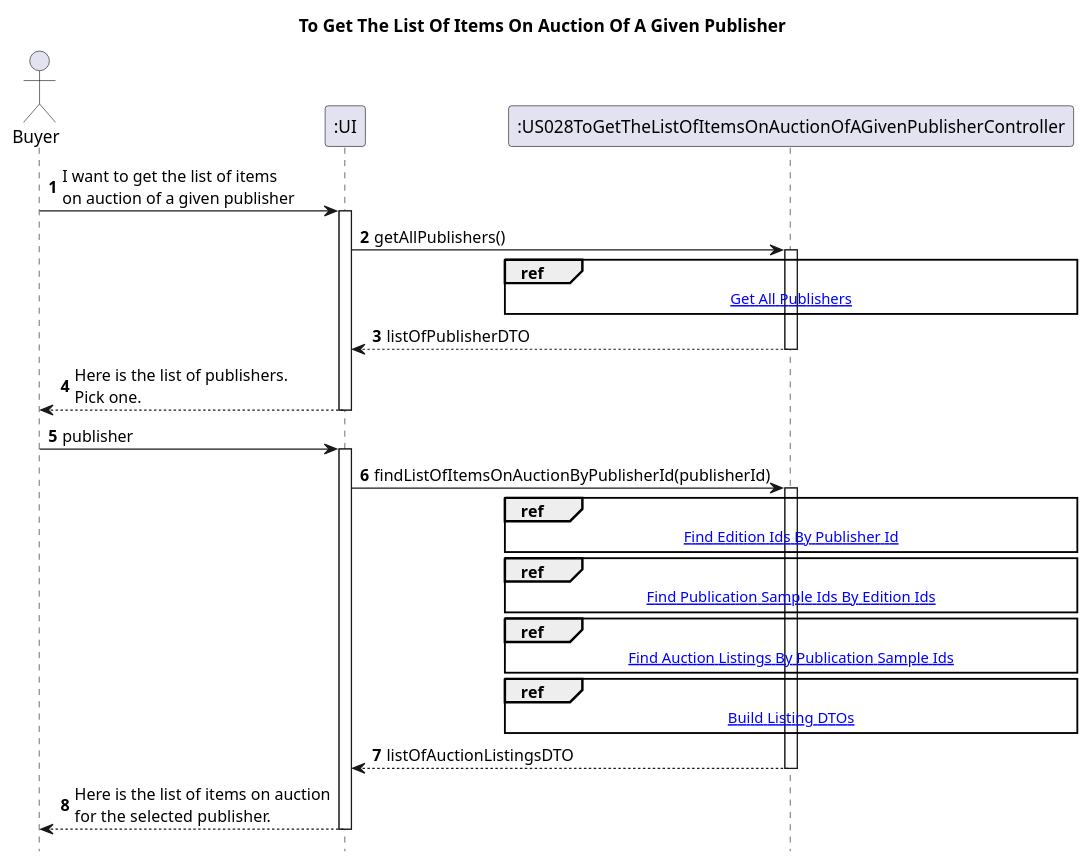
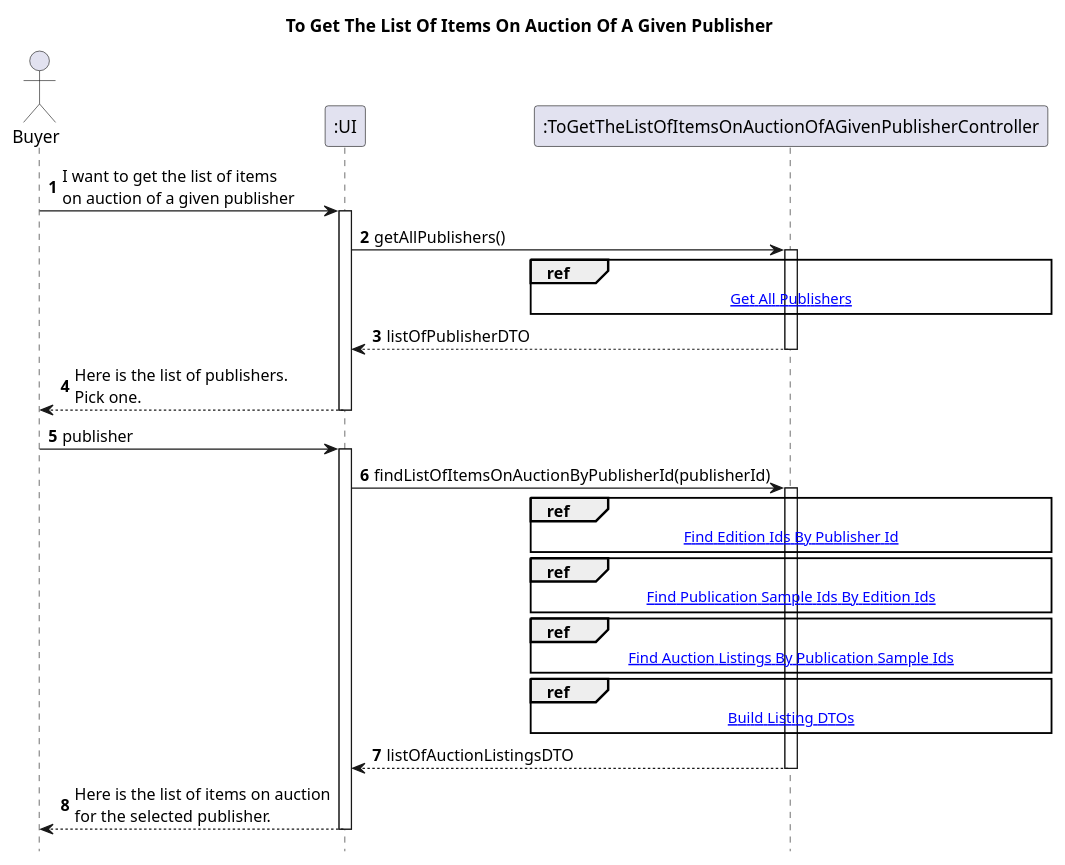
Before and after one commit to AndrePereiraGitH/SWitCH-Project-Team_A: the diagram in Diagrams/SequenceDiagrams/N2/To-get-list-of-items-on-auction-of-an-given-publisher/Main.puml, drawn with PlantUML. The commit also changed 1 other file, not shown here.

```diff
--- a/Diagrams/SequenceDiagrams/N2/To-get-list-of-items-on-auction-of-an-given-publisher/Main.puml
+++ b/Diagrams/SequenceDiagrams/N2/To-get-list-of-items-on-auction-of-an-given-publisher/Main.puml
@@ -1,55 +1,55 @@
 @startuml
 hide footbox
 autonumber
 title To Get The List Of Items On Auction Of A Given Publisher
 
 actor Buyer
 
 participant ":UI" as UI
-participant ":US028ToGetTheListOfItemsOnAuctionOfAGivenPublisherController" as Ctrl
+participant ":ToGetTheListOfItemsOnAuctionOfAGivenPublisherController" as Ctrl
 
 Buyer -> UI : I want to get the list of items\non auction of a given publisher
 activate UI
 
 UI -> Ctrl : getAllPublishers()
 activate Ctrl
 
 ref over Ctrl
 [[get-all-publishers.puml Get All Publishers]]
 end ref
 
 Ctrl --> UI : listOfPublisherDTO
 deactivate Ctrl
 
 UI --> Buyer : Here is the list of publishers.\nPick one.
 deactivate UI
 
 Buyer -> UI : publisher
 activate UI
 
 UI -> Ctrl : findListOfItemsOnAuctionByPublisherId(publisherId)
 activate Ctrl
 
 ref over Ctrl
 [[find-edition-ids-by-publisher-id.puml Find Edition Ids By Publisher Id]]
 end ref
 
 ref over Ctrl
 [[find-publication-sample-ids-by-edition-ids.puml Find Publication Sample Ids By Edition Ids]]
 end ref
 
 ref over Ctrl
 [[find-auction-listings-by-publication-sample-ids.puml Find Auction Listings By Publication Sample Ids]]
 end ref
 
 ref over Ctrl
 [[build-listing-dtos.puml Build Listing DTOs]]
 end ref
 
 Ctrl --> UI : listOfAuctionListingsDTO
 deactivate Ctrl
 
 UI --> Buyer : Here is the list of items on auction\nfor the selected publisher.
 deactivate UI
 
 @enduml
```
